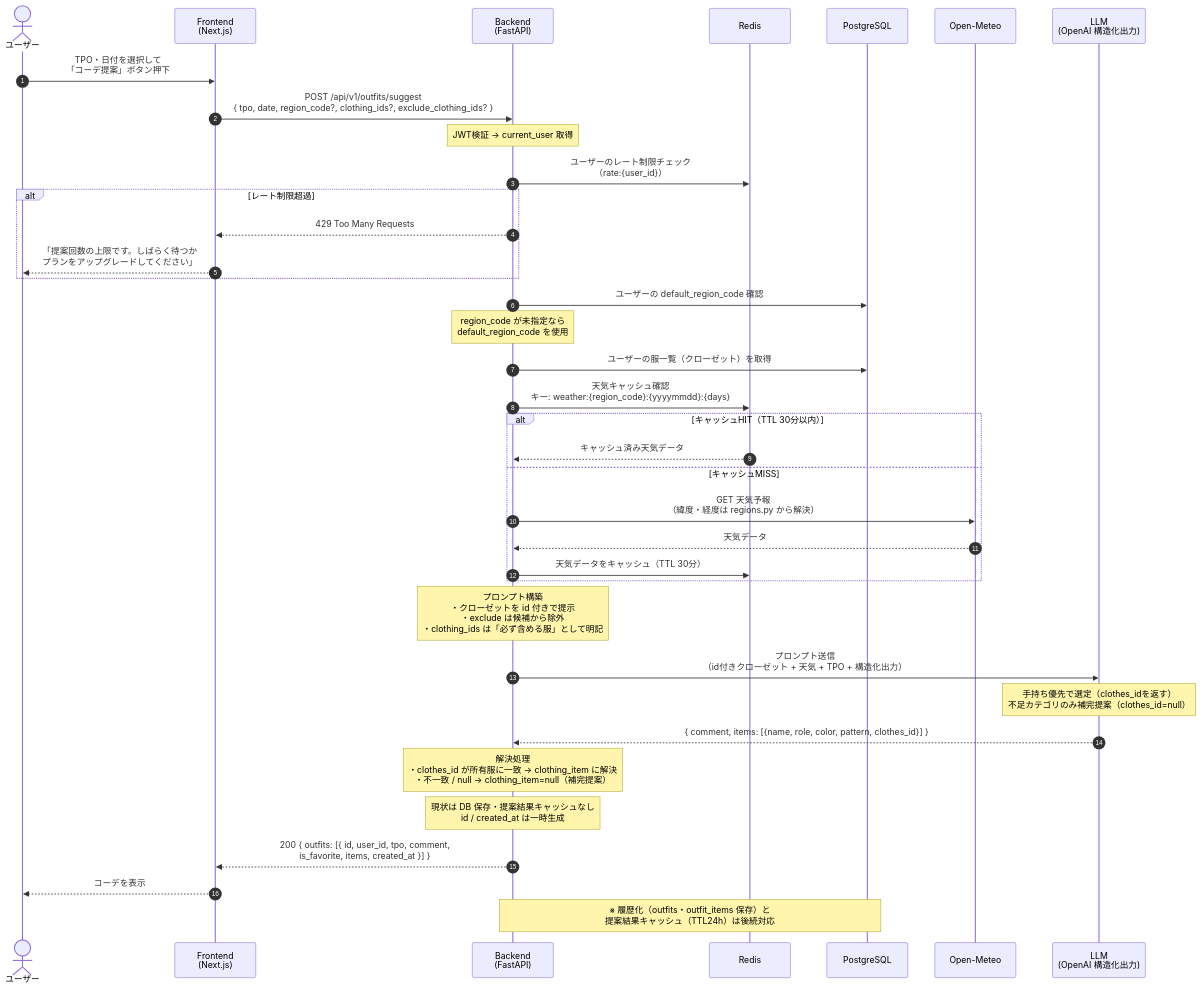
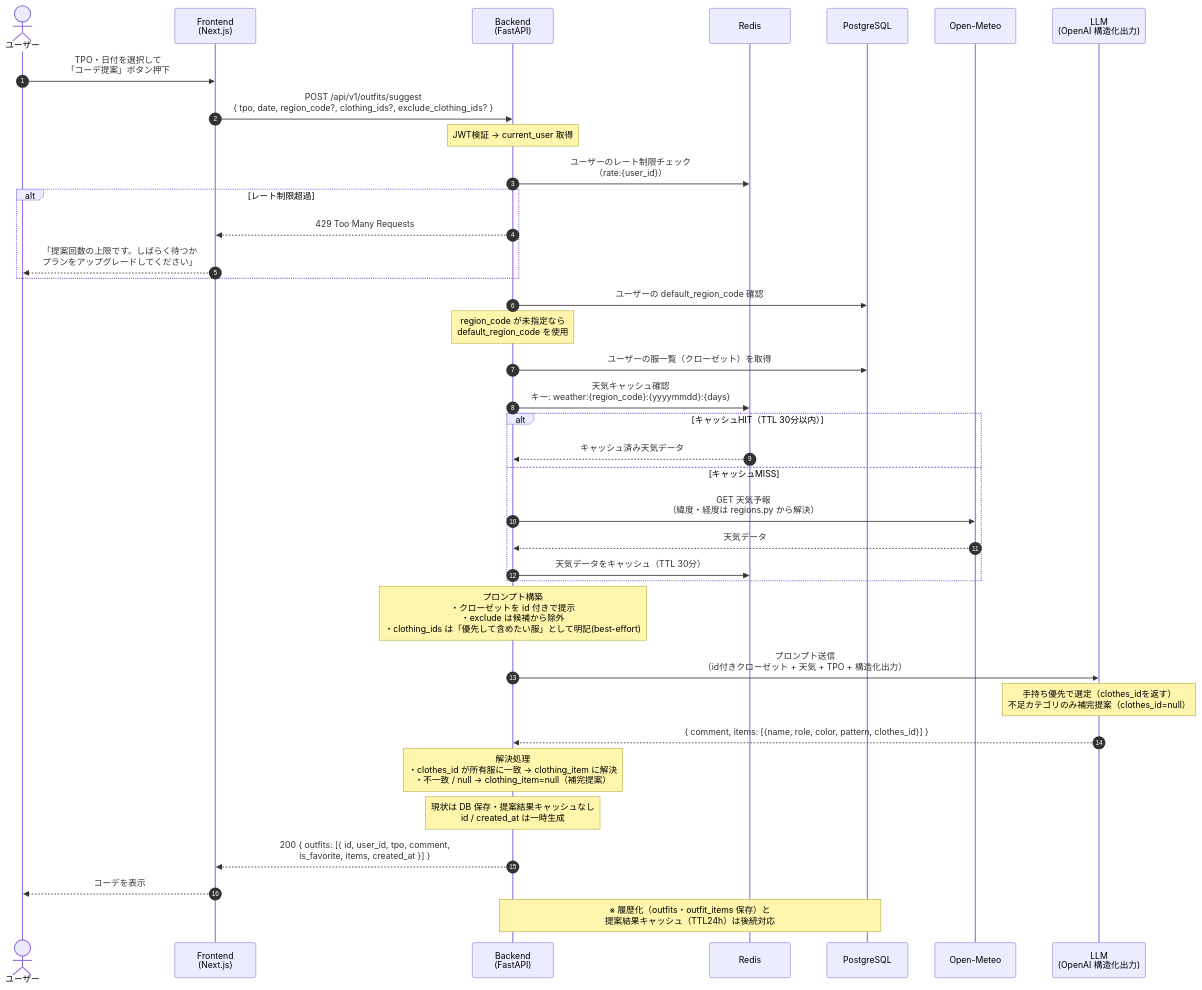
The first of 3 diagrams in docs/sequence-diagrams.md (ms-engineer-bc26-01/teamB_section_9), drawn with Mermaid before and after one commit. The commit also changed 6 other files, not shown here.

````diff
--- a/docs/sequence-diagrams.md
+++ b/docs/sequence-diagrams.md
@@ -5,50 +5,50 @@
 ```mermaid
 sequenceDiagram
     autonumber
     actor User as ユーザー
     participant FE as Frontend<br/>(Next.js)
     participant BE as Backend<br/>(FastAPI)
     participant Redis
     participant DB as PostgreSQL
     participant Weather as Open-Meteo
     participant LLM as LLM<br/>(OpenAI 構造化出力)
 
     User->>FE: TPO・日付を選択して<br/>「コーデ提案」ボタン押下
 
     FE->>BE: POST /api/v1/outfits/suggest<br/>{ tpo, date, region_code?, clothing_ids?, exclude_clothing_ids? }
     Note over BE: JWT検証 → current_user 取得
 
     BE->>Redis: ユーザーのレート制限チェック<br/>（rate:{user_id}）
     alt レート制限超過
         BE-->>FE: 429 Too Many Requests
         FE-->>User: 「提案回数の上限です。しばらく待つか<br/>プランをアップグレードしてください」
     end
 
     BE->>DB: ユーザーの default_region_code 確認
     Note over BE: region_code が未指定なら<br/>default_region_code を使用
 
     BE->>DB: ユーザーの服一覧（クローゼット）を取得
 
     BE->>Redis: 天気キャッシュ確認<br/>キー: weather:{region_code}:{yyyymmdd}:{days}
     alt キャッシュHIT（TTL 30分以内）
         Redis-->>BE: キャッシュ済み天気データ
     else キャッシュMISS
         BE->>Weather: GET 天気予報<br/>（緯度・経度は regions.py から解決）
         Weather-->>BE: 天気データ
         BE->>Redis: 天気データをキャッシュ（TTL 30分）
     end
 
-    Note over BE: プロンプト構築<br/>・クローゼットを id 付きで提示<br/>・exclude は候補から除外<br/>・clothing_ids は「必ず含める服」として明記
+    Note over BE: プロンプト構築<br/>・クローゼットを id 付きで提示<br/>・exclude は候補から除外<br/>・clothing_ids は「優先して含めたい服」として明記(best-effort)
 
     BE->>LLM: プロンプト送信<br/>（id付きクローゼット + 天気 + TPO + 構造化出力）
     Note over LLM: 手持ち優先で選定（clothes_idを返す）<br/>不足カテゴリのみ補完提案（clothes_id=null）
     LLM-->>BE: { comment, items: [{name, role, color, pattern, clothes_id}] }
 
     Note over BE: 解決処理<br/>・clothes_id が所有服に一致 → clothing_item に解決<br/>・不一致 / null → clothing_item=null（補完提案）
 
     Note over BE: 現状は DB 保存・提案結果キャッシュなし<br/>id / created_at は一時生成
     BE-->>FE: 200 { outfits: [{ id, user_id, tpo, comment,<br/>is_favorite, items, created_at }] }
     FE-->>User: コーデを表示
 
     Note over BE,DB: ※ 履歴化（outfits・outfit_items 保存）と<br/>提案結果キャッシュ（TTL24h）は後続対応
 ```
````
